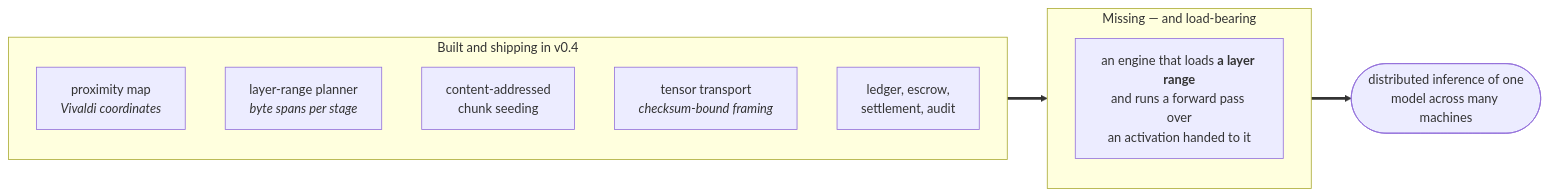
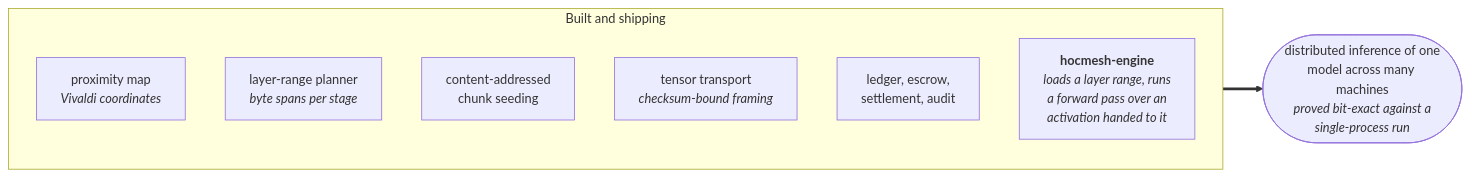
The sixth of 8 diagrams in README.md (codedev-david/hocmesh), drawn with Mermaid before and after one commit. The commit also changed other lines of this file and 8 other files, not shown here.

````diff
--- a/README.md
+++ b/README.md
@@ -508,15 +559,13 @@
 ```mermaid
 flowchart LR
-    subgraph BUILT["Built and shipping in v0.4"]
+    subgraph BUILT["Built and shipping"]
         direction TB
         A["proximity map<br/><i>Vivaldi coordinates</i>"]
         B["layer-range planner<br/><i>byte spans per stage</i>"]
         C["content-addressed<br/>chunk seeding"]
         D["tensor transport<br/><i>checksum-bound framing</i>"]
         E["ledger, escrow,<br/>settlement, audit"]
+        F["<b>hocmesh-engine</b><br/><i>loads a layer range, runs<br/>a forward pass over an<br/>activation handed to it</i>"]
     end
-    subgraph GAP["Missing — and load-bearing"]
-        F["an engine that loads <b>a layer range</b><br/>and runs a forward pass over<br/>an activation handed to it"]
-    end
-    BUILT ==> GAP ==> G(["distributed inference of one<br/>model across many machines"])
+    BUILT ==> G(["distributed inference of one<br/>model across many machines<br/><i>proved bit-exact against a<br/>single-process run</i>"])
 ```
````
